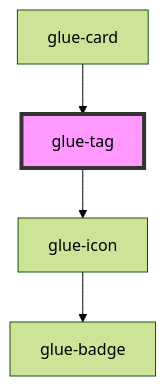
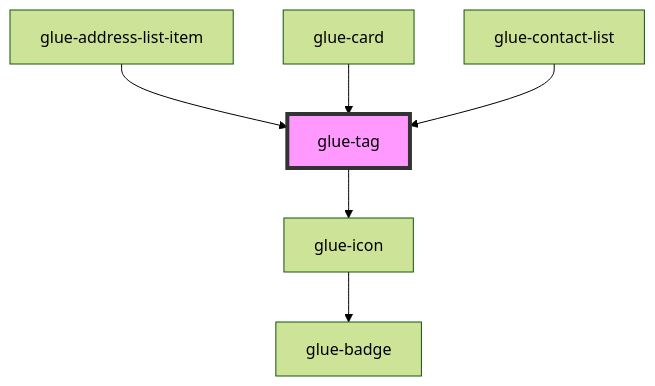
One commit to grasilife/glue changed the diagram in packages/glue-components/src/components/glue-tag/readme.md. Above: the diagram before and after it, drawn with Mermaid (forest theme). The commit also changed other lines of this file and 71 other files, not shown here.

````diff
--- a/packages/glue-components/src/components/glue-tag/readme.md
+++ b/packages/glue-components/src/components/glue-tag/readme.md
@@ -42,7 +44,9 @@
 ```mermaid
 graph TD;
   glue-tag --> glue-icon
   glue-icon --> glue-badge
+  glue-address-list-item --> glue-tag
   glue-card --> glue-tag
+  glue-contact-list --> glue-tag
   style glue-tag fill:#f9f,stroke:#333,stroke-width:4px
 ```
````
